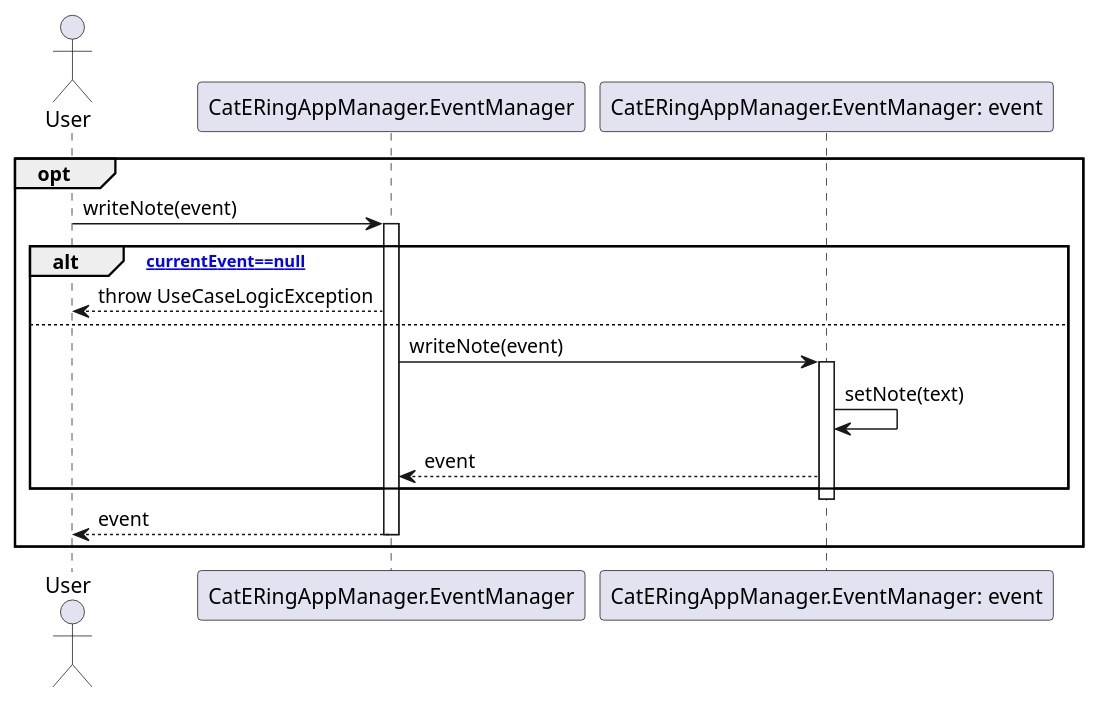
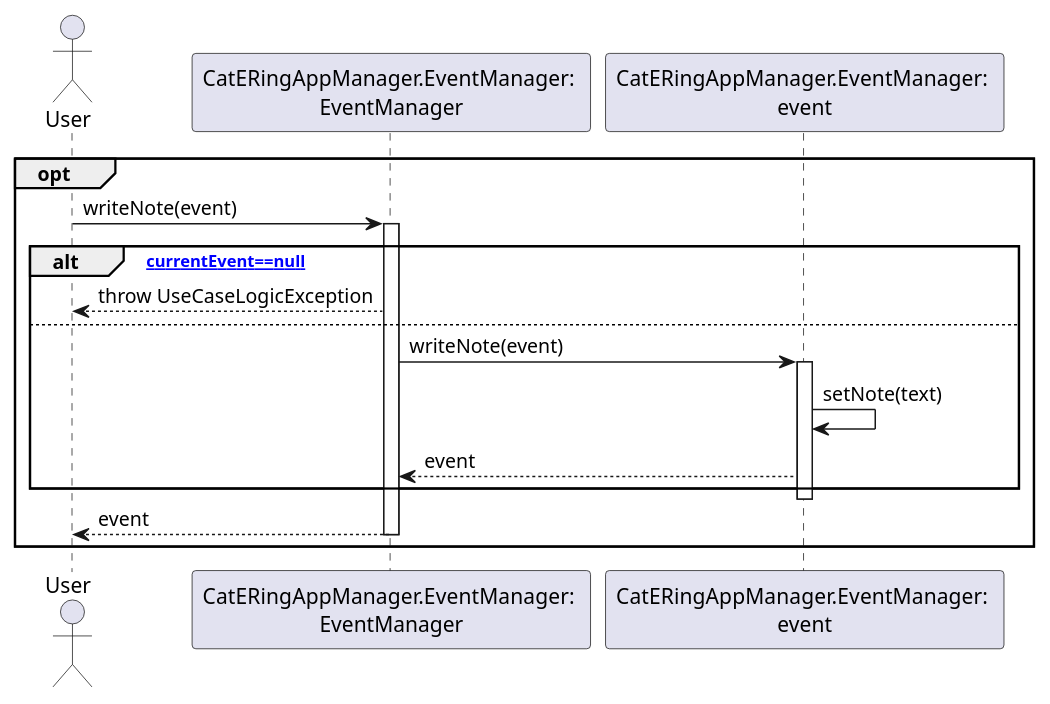
One commit to m0canu1/sas changed the diagram in dsd/dsd-eventi/scenarioPrincipale/5-writeNote.md. Above: the diagram before and after it, drawn with PlantUML. The commit also changed 11 other files, not shown here.

````diff
--- a/dsd/dsd-eventi/scenarioPrincipale/5-writeNote.md
+++ b/dsd/dsd-eventi/scenarioPrincipale/5-writeNote.md
@@ -1,26 +1,26 @@
 ```plantuml
 Actor User
-Participant "CatERingAppManager.EventManager"
-Participant "CatERingAppManager.EventManager: event"
+Participant "CatERingAppManager.EventManager: \nEventManager" as EM 
+Participant "CatERingAppManager.EventManager: \nevent" as E
 
 opt
-    User -> "CatERingAppManager.EventManager": writeNote(event)
-    Activate "CatERingAppManager.EventManager"  
+    User -> EM: writeNote(event)
+    Activate EM  
     alt [currentEvent==null]
-        "CatERingAppManager.EventManager" --> User: throw UseCaseLogicException
+        EM --> User: throw UseCaseLogicException
     else
-        "CatERingAppManager.EventManager" -> "CatERingAppManager.EventManager: event": writeNote(event)
-        Activate "CatERingAppManager.EventManager: event"
+        EM -> E: writeNote(event)
+        Activate E
 
-        "CatERingAppManager.EventManager: event" -> "CatERingAppManager.EventManager: event": setNote(text)
+        E -> E: setNote(text)
         
-        "CatERingAppManager.EventManager: event" --> "CatERingAppManager.EventManager": event
+        E --> EM: event
 
     end
-    Deactivate "CatERingAppManager.EventManager: event"
+    Deactivate E
 
-    "CatERingAppManager.EventManager" --> User: event
-    Deactivate "CatERingAppManager.EventManager"
+    EM --> User: event
+    Deactivate EM
 end
 
 ```
````
